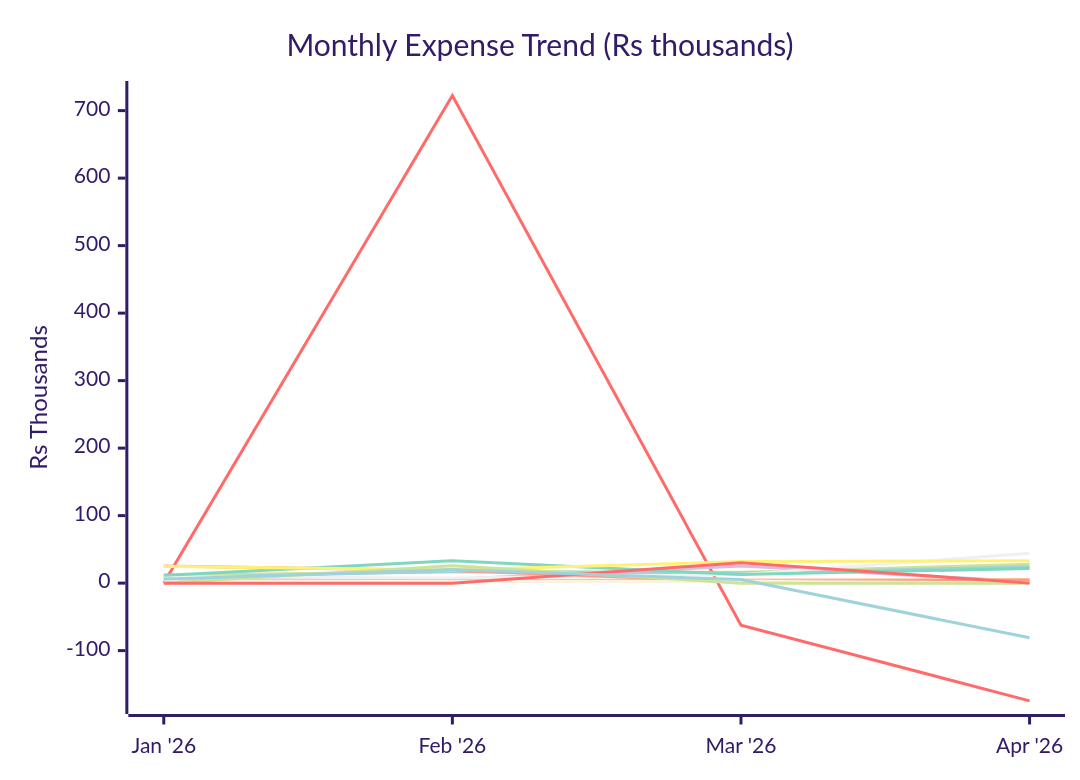
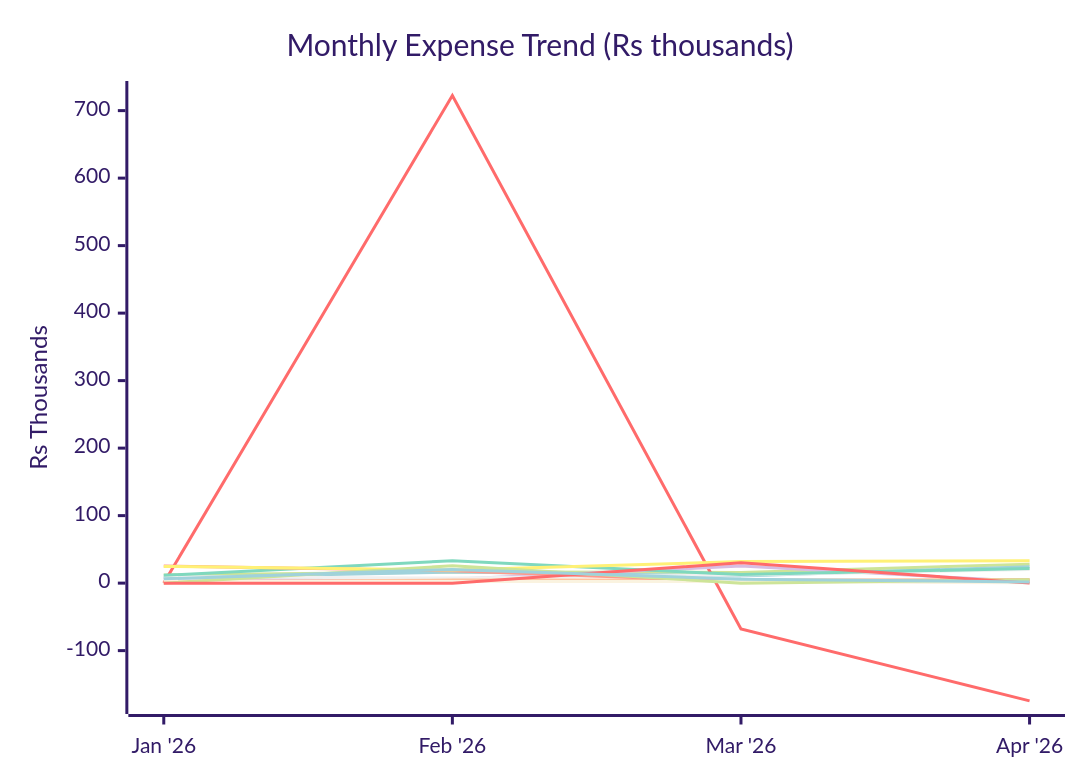
Before and after one commit to sachin-hg/expense-reporter: the first of 2 diagrams in reports/2026-04.md, drawn with Mermaid (forest theme). The commit also changed other lines of this file and 18 other files, not shown here.

````diff
--- a/reports/2026-04.md
+++ b/reports/2026-04.md
@@ -26,19 +26,19 @@
 ```mermaid
 xychart-beta
     title "Monthly Expense Trend (Rs thousands)"
     x-axis ["Jan '26", "Feb '26", "Mar '26", "Apr '26"]
     y-axis "Rs Thousands" -175 --> 725
-    line "Travel" [12.1, 16.5, 16.1, 27.9]
-    line "Trip" [0.0, 722.3, -62.4, -174.4]
-    line "Shopping" [7.8, 17.5, 15.1, 24.2]
+    line "Travel" [12.2, 16.5, 15.9, 27.9]
+    line "Trip" [0.0, 722.3, -67.9, -174.4]
+    line "Shopping" [7.8, 16.4, 10.6, 24.2]
     line "Baby" [7.7, 5.6, 25.3, 2.4]
-    line "Outside Food" [9.5, 7.6, 12.6, 44.1]
-    line "Grocery" [2.9, 3.5, 4.7, 5.3]
+    line "Outside Food" [9.5, 7.6, 12.1, 20.2]
+    line "Grocery" [2.5, 4.5, 4.7, 5.3]
     line "Utilities & Bills" [11.5, 33.2, 12.6, 21.7]
-    line "Health, Fitness & Self Care" [25.5, 18.6, 2.5, 4.4]
+    line "Health, Fitness & Self Care" [25.5, 18.3, 2.5, 4.4]
     line "Upskill / AI" [2.6, 2.5, 2.6, 0.4]
     line "Rohan" [24.8, 19.3, 32.0, 33.1]
-    line "One-Time Expense" [0.0, 25.8, 0.0, 0.0]
+    line "One-Time Expense" [0.0, 25.8, 0.0, 5.0]
     line "Tax" [0.0, 0.0, 30.3, 0.0]
-    line "Others" [6.0, 20.1, 5.2, -80.9]
+    line "Others" [6.3, 20.3, 5.9, 1.8]
 ```
````
